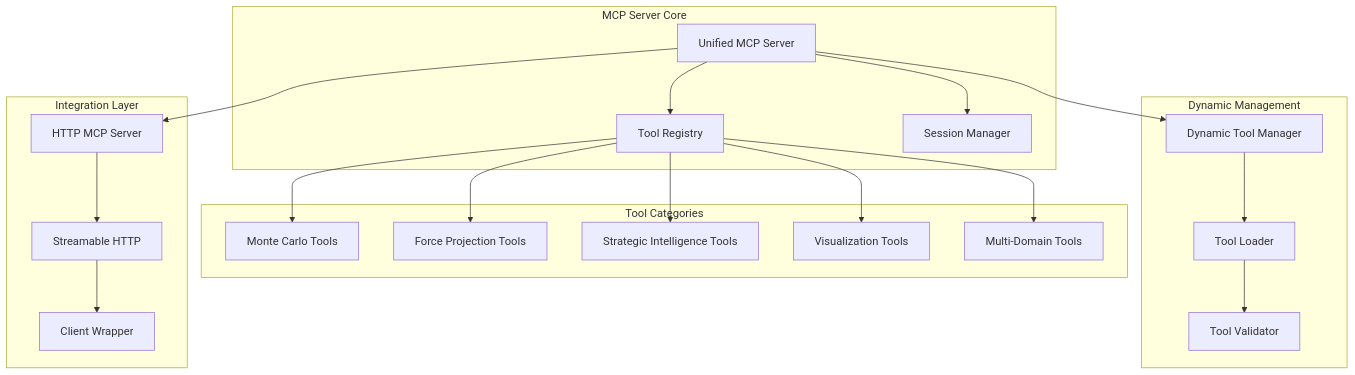
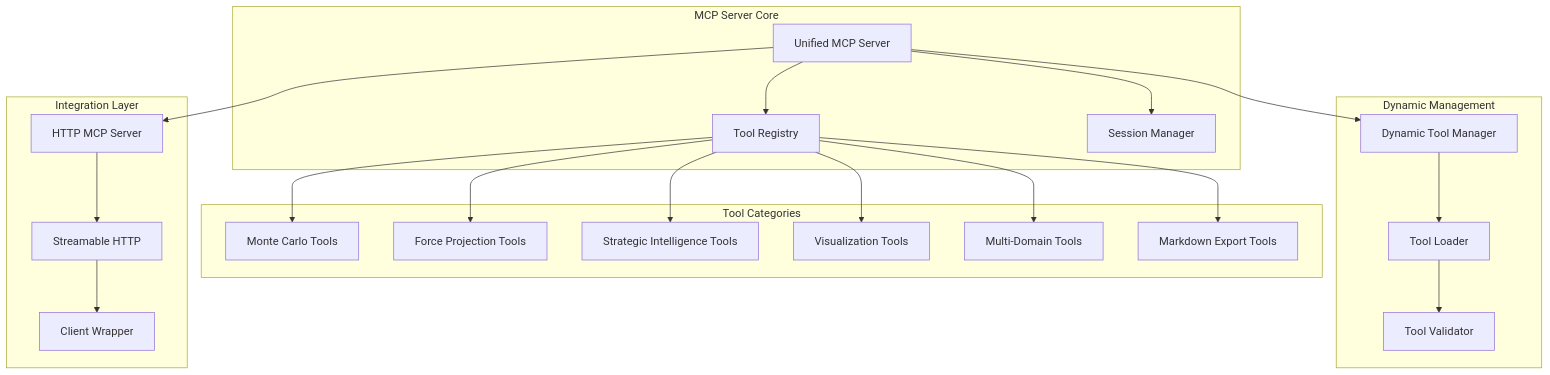
Before and after one commit to goagiq/DIA3: the sixth of 8 diagrams in README.md, drawn with Mermaid. The commit also changed other lines of this file, not shown here.

Commit message:
Update README.md with markdown export functionality documentation

````diff
--- a/README.md
+++ b/README.md
@@ -297,45 +297,47 @@
 ```mermaid
 graph TB
     subgraph "MCP Server Core"
         UnifiedServer[Unified MCP Server]
         ToolRegistry[Tool Registry]
         SessionManager[Session Manager]
     end
     
     subgraph "Tool Categories"
         MonteCarloTools[Monte Carlo Tools]
         ForceProjectionTools[Force Projection Tools]
         StrategicIntelligenceTools[Strategic Intelligence Tools]
         VisualizationTools[Visualization Tools]
         MultiDomainTools[Multi-Domain Tools]
+        MarkdownExportTools[Markdown Export Tools]
     end
     
     subgraph "Dynamic Management"
         DynamicToolManager[Dynamic Tool Manager]
         ToolLoader[Tool Loader]
         ToolValidator[Tool Validator]
     end
     
     subgraph "Integration Layer"
         HTTPMCP[HTTP MCP Server]
         StreamableHTTP[Streamable HTTP]
         ClientWrapper[Client Wrapper]
     end
     
     UnifiedServer --> ToolRegistry
     UnifiedServer --> SessionManager
     
     ToolRegistry --> MonteCarloTools
     ToolRegistry --> ForceProjectionTools
     ToolRegistry --> StrategicIntelligenceTools
     ToolRegistry --> VisualizationTools
     ToolRegistry --> MultiDomainTools
+    ToolRegistry --> MarkdownExportTools
     
     UnifiedServer --> DynamicToolManager
     DynamicToolManager --> ToolLoader
     ToolLoader --> ToolValidator
     
     UnifiedServer --> HTTPMCP
     HTTPMCP --> StreamableHTTP
     StreamableHTTP --> ClientWrapper
 ```
````
